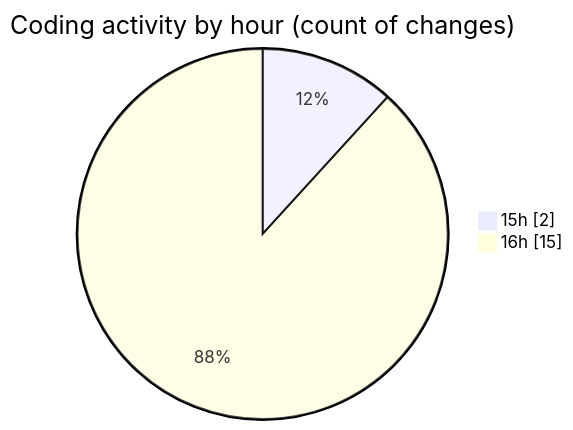
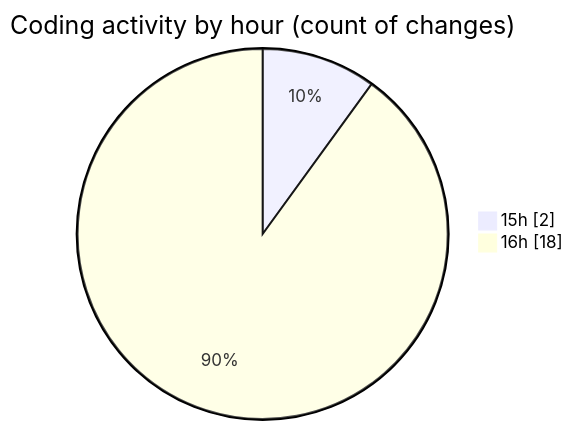
Before and after one commit to nxtqubesakshisongat/code-tracking: the second of 2 diagrams in 2025-08-09/nxtqube_webapp/README.md, drawn with Mermaid. The commit also changed other lines of this file and 1 other file, not shown here.

````diff
--- a/2025-08-09/nxtqube_webapp/README.md
+++ b/2025-08-09/nxtqube_webapp/README.md
@@ -28,6 +28,6 @@
 ```mermaid
 pie showData
 title Coding activity by hour (count of changes)
 "15h" : 2
-"16h" : 15
+"16h" : 18
 ```
````
